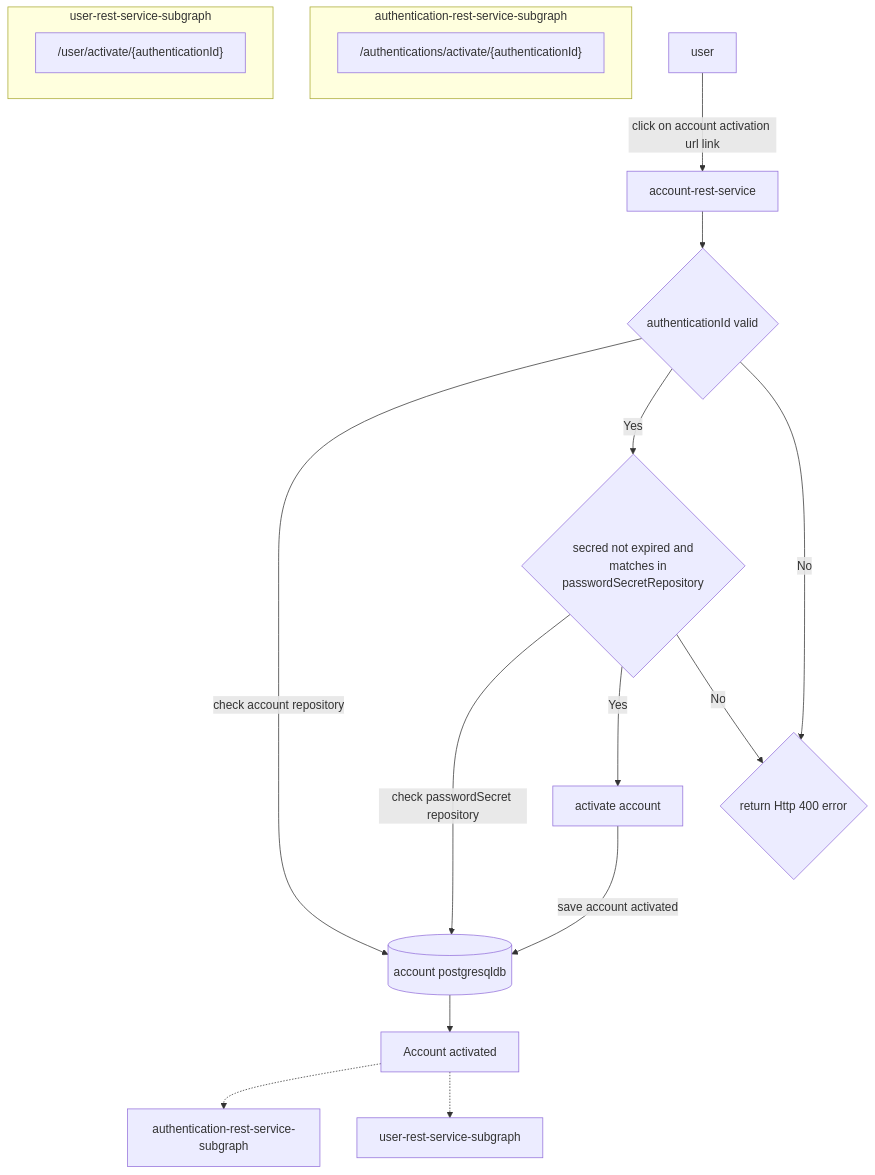
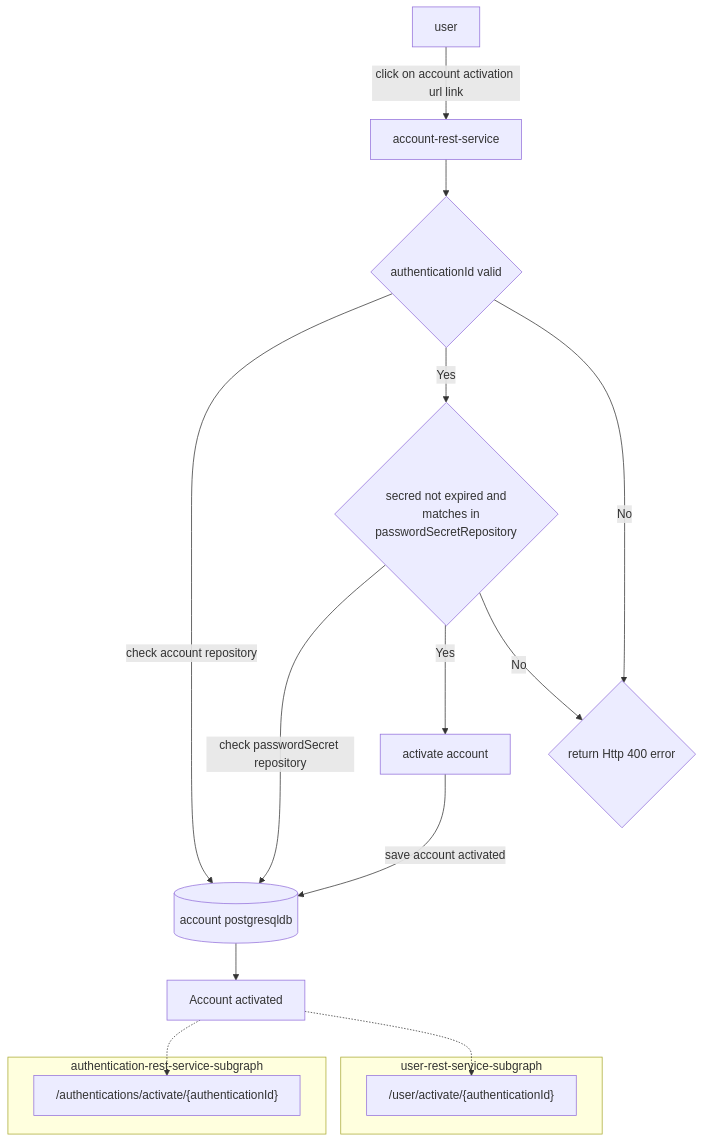
Before and after one commit to sonamsamdupkhangsar/account-rest-service: the diagram in README.md, drawn with Mermaid.

Commit message:
commit flow

````diff
--- a/README.md
+++ b/README.md
@@ -63,25 +63,25 @@
 ```mermaid
 flowchart TD
     User[user] --"click on account activation url link" -->  AccountRestService[account-rest-service] 
     AccountRestService --> authIdValid{authenticationId valid}
     authIdValid --"check account repository"--> AccountPgsqlDb[(account postgresqldb)]
    authIdValid -->|Yes| secretValid{"secred not expired and
     matches in passwordSecretRepository"}
    authIdValid -->|No| error400{return Http 400 error}
    secretValid --"check passwordSecret repository" -->AccountPgsqlDb
    secretValid -->|Yes| activateAccount[activate account]
    activateAccount --"save account activated" --> AccountPgsqlDb
    AccountPgsqlDb --> accountActivated["Account activated"]
    secretValid -->|No| error400    
-   accountActivated -.-> authenticationRestServiceSubgraph["authentication-rest-service-subgraph"]
+   accountActivated -.-> authentication-rest-service
    
-   accountActivated -.-> userRestServiceSubgraph[user-rest-service-subgraph]
+   accountActivated -.-> user-rest-service
     
     subgraph authentication-rest-service-subgraph
     authentication-rest-service["/authentications/activate/{authenticationId}"]
     end
     
     subgraph user-rest-service-subgraph
     user-rest-service["/user/activate/{authenticationId}"]
     end    
 ```
````
